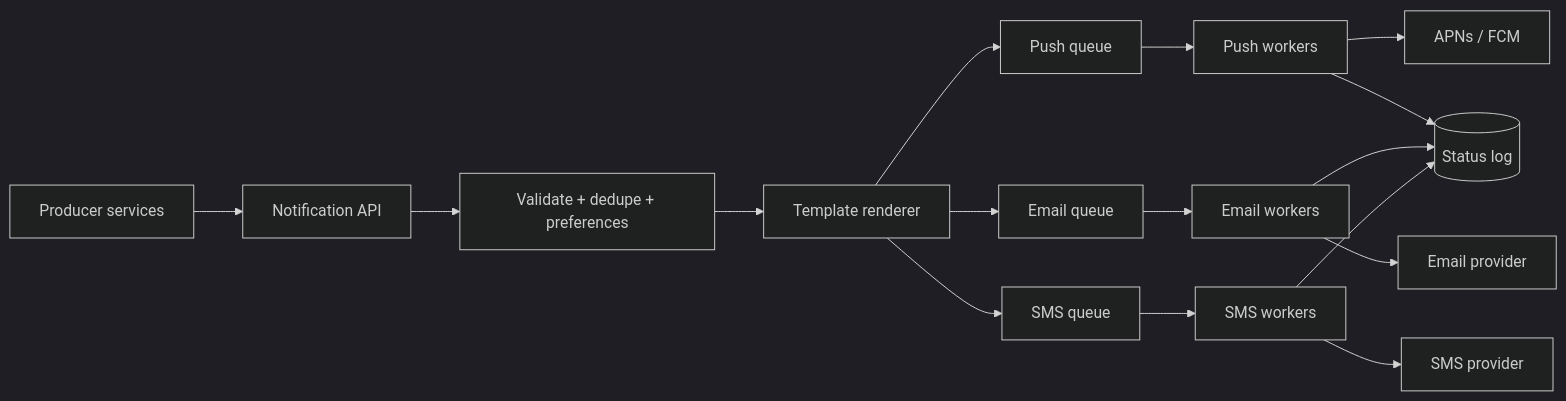
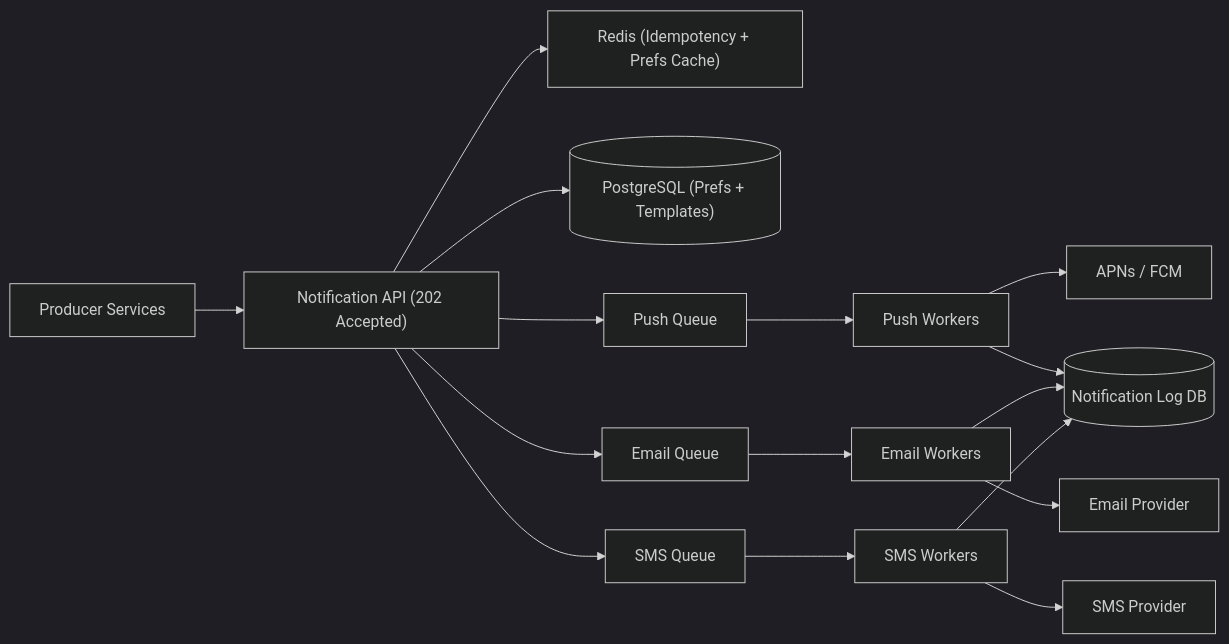
The second of 5 diagrams in content/system-design/22-interview-design-problems/05-notification-service/README.md (TapanKumarBarik/Backend-roadmap), drawn with Mermaid (dark theme) before and after one commit. The commit also changed other lines of this file and 37 other files, not shown here.

Commit message:
Upgrade Track 22 (37 interview design problems) with scale-by-scale architecture evolution

````diff
--- a/content/system-design/22-interview-design-problems/05-notification-service/README.md
+++ b/content/system-design/22-interview-design-problems/05-notification-service/README.md
@@ -107,15 +149,15 @@
 ```mermaid
 flowchart LR
-  P["Producer services"] --> API["Notification API"]
-  API --> V["Validate + dedupe + preferences"]
-  V --> R["Template renderer"]
-  R --> QP["Push queue"]
-  R --> QE["Email queue"]
-  R --> QS["SMS queue"]
-  QP --> WP["Push workers"] --> APNS["APNs / FCM"]
-  QE --> WE["Email workers"] --> ESP["Email provider"]
-  QS --> WS["SMS workers"] --> SMS["SMS provider"]
-  WP --> L[("Status log")]
-  WE --> L
-  WS --> L
+  P["Producer Services"] --> API["Notification API (202 Accepted)"]
+  API --> REDIS["Redis (Idempotency + Prefs Cache)"]
+  API --> PREF[("PostgreSQL (Prefs + Templates)")]
+  API --> QP["Push Queue"]
+  API --> QE["Email Queue"]
+  API --> QS["SMS Queue"]
+  QP --> WP["Push Workers"] --> APNS["APNs / FCM"]
+  QE --> WE["Email Workers"] --> ESP["Email Provider"]
+  QS --> WS["SMS Workers"] --> SMS["SMS Provider"]
+  WP --> LOG[("Notification Log DB")]
+  WE --> LOG
+  WS --> LOG
 ```
````
